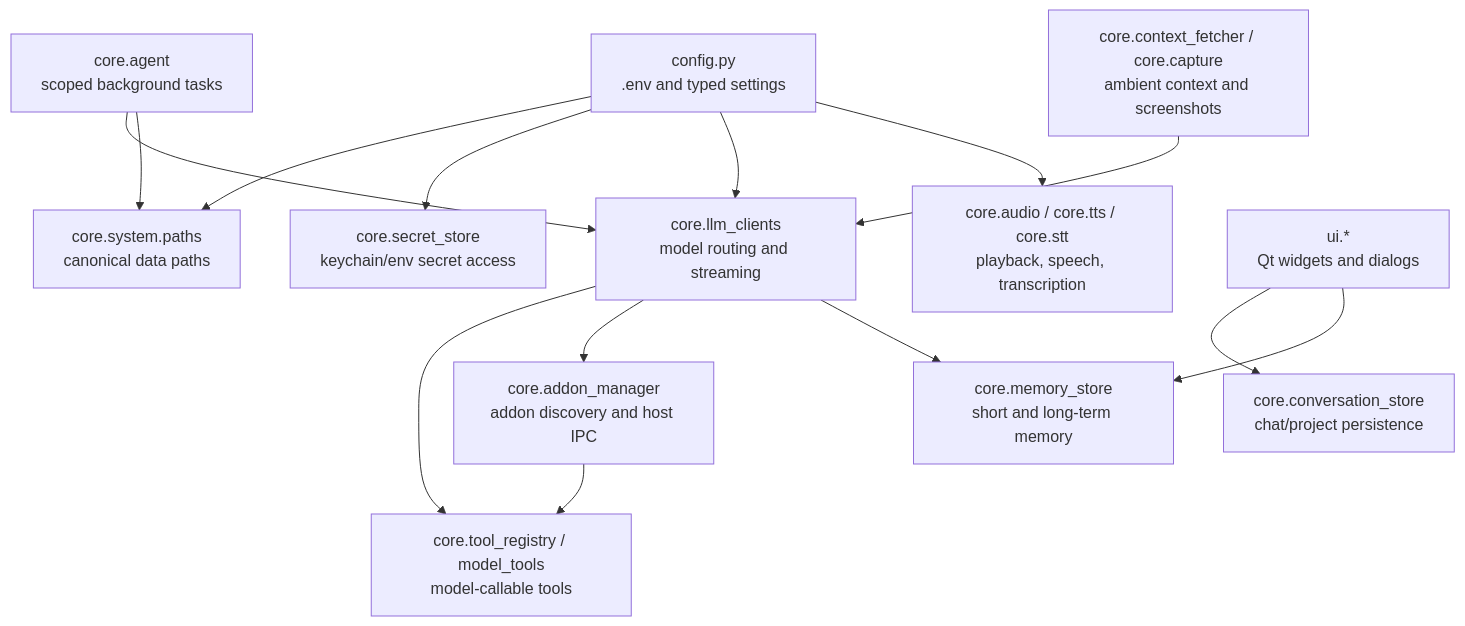
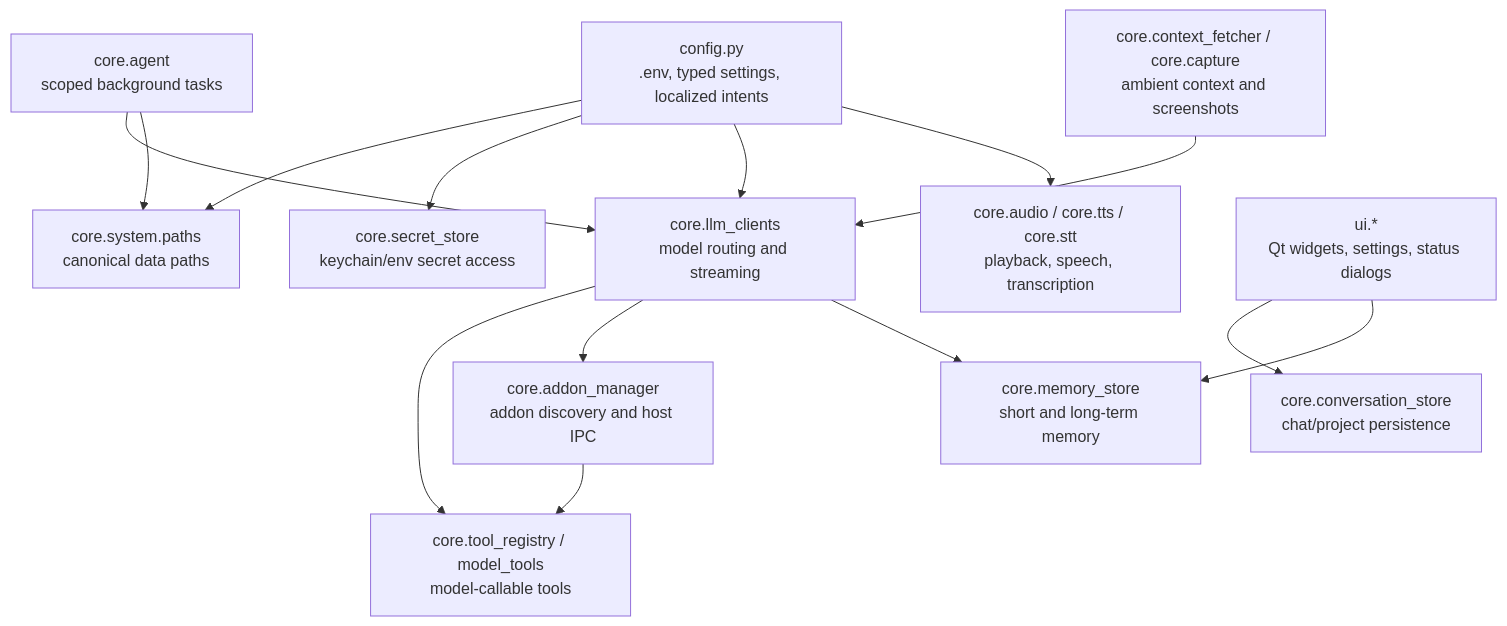
The second of 5 diagrams in docs/COMMUNICATION_GRAPH.md (SunnyLich/Wisp-AI-Assistant), drawn with Mermaid before and after one commit. The commit also changed other lines of this file and 27 other files, not shown here.

Commit message:
Refactor overlay pipeline and add assistant UI flow

````diff
--- a/docs/COMMUNICATION_GRAPH.md
+++ b/docs/COMMUNICATION_GRAPH.md
@@ -42,29 +42,29 @@
 ```mermaid
 flowchart TB
-    Config["config.py\n.env and typed settings"]
+    Config["config.py\n.env, typed settings, localized intents"]
     Paths["core.system.paths\ncanonical data paths"]
     SecretStore["core.secret_store\nkeychain/env secret access"]
     LLM["core.llm_clients\nmodel routing and streaming"]
     Tools["core.tool_registry / model_tools\nmodel-callable tools"]
     Addons["core.addon_manager\naddon discovery and host IPC"]
     Memory["core.memory_store\nshort and long-term memory"]
     Conversations["core.conversation_store\nchat/project persistence"]
     Agent["core.agent\nscoped background tasks"]
     Context["core.context_fetcher / core.capture\nambient context and screenshots"]
     Audio["core.audio / core.tts / core.stt\nplayback, speech, transcription"]
-    UI["ui.*\nQt widgets and dialogs"]
+    UI["ui.*\nQt widgets, settings, status dialogs"]
 
     Config --> Paths
     Config --> SecretStore
     Config --> LLM
     Config --> Audio
     LLM --> Tools
     LLM --> Addons
     LLM --> Memory
     Addons --> Tools
     Agent --> LLM
     Agent --> Paths
     UI --> Conversations
     UI --> Memory
     Context --> LLM
 ```
````
